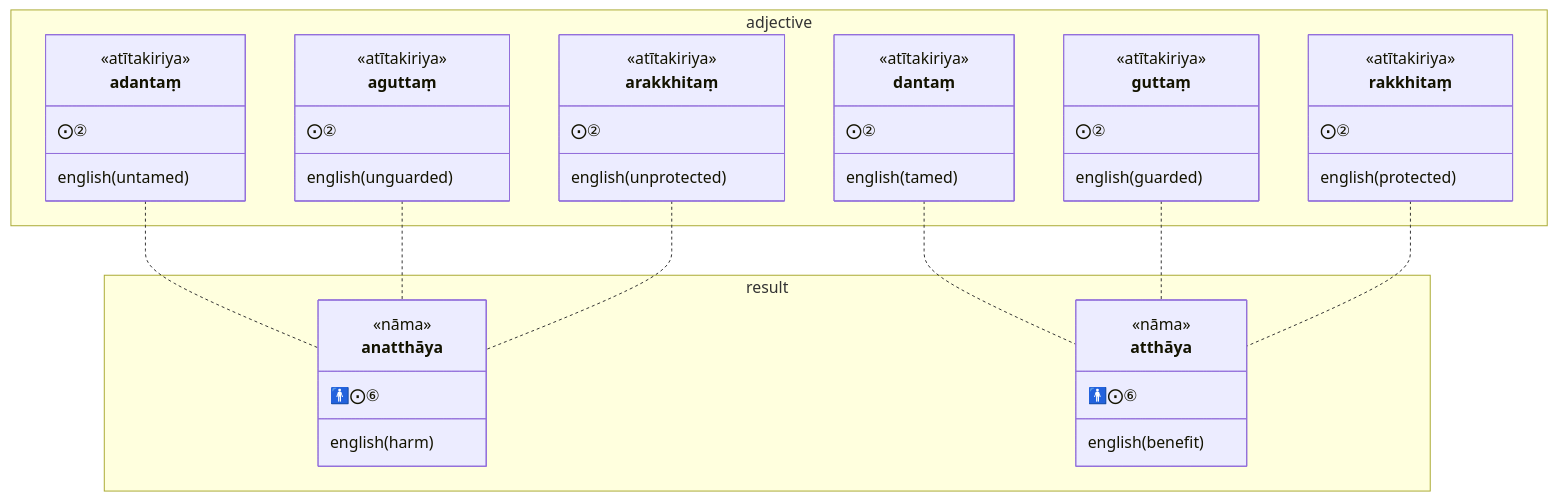
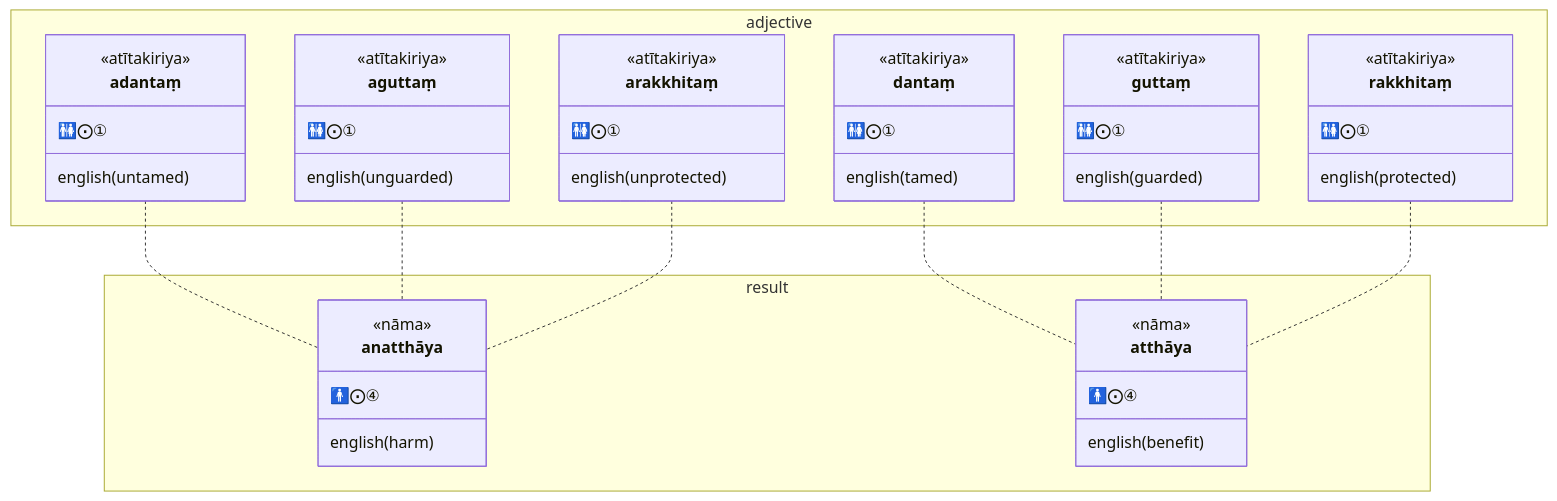
Before and after one commit to ChristineTham/buddhavacana: the third of 5 diagrams in src/content/docs/Sutta/restraining.md, drawn with Mermaid. The commit also changed other lines of this file and 27 other files, not shown here.

````diff
--- a/src/content/docs/Sutta/restraining.md
+++ b/src/content/docs/Sutta/restraining.md
@@ -194,53 +194,53 @@
 ```mermaid
 classDiagram
   namespace adjective {
     class adantaṃ {
       <<atītakiriya>>
-      ⨀②
+      🚻⨀①
       english(untamed)
     }
     class dantaṃ {
       <<atītakiriya>>
-      ⨀②
+      🚻⨀①
       english(tamed)
     }
     class aguttaṃ {
       <<atītakiriya>>
-      ⨀②
+      🚻⨀①
       english(unguarded)
     }
     class guttaṃ {
       <<atītakiriya>>
-      ⨀②
+      🚻⨀①
       english(guarded)
     }
     class arakkhitaṃ {
       <<atītakiriya>>
-      ⨀②
+      🚻⨀①
       english(unprotected)
     }
     class rakkhitaṃ {
       <<atītakiriya>>
-      ⨀②
+      🚻⨀①
       english(protected)
     }
   }
   namespace result {
     class anatthāya {
       <<nāma>>
-      🚹⨀⑥
+      🚹⨀④
       english(harm)
     }
     class atthāya {
       <<nāma>>
-      🚹⨀⑥
+      🚹⨀④
       english(benefit)
     }
   }
   adantaṃ .. anatthāya
   aguttaṃ .. anatthāya
   arakkhitaṃ .. anatthāya
   dantaṃ .. atthāya
   guttaṃ .. atthāya
   rakkhitaṃ .. atthāya
 ```
````
